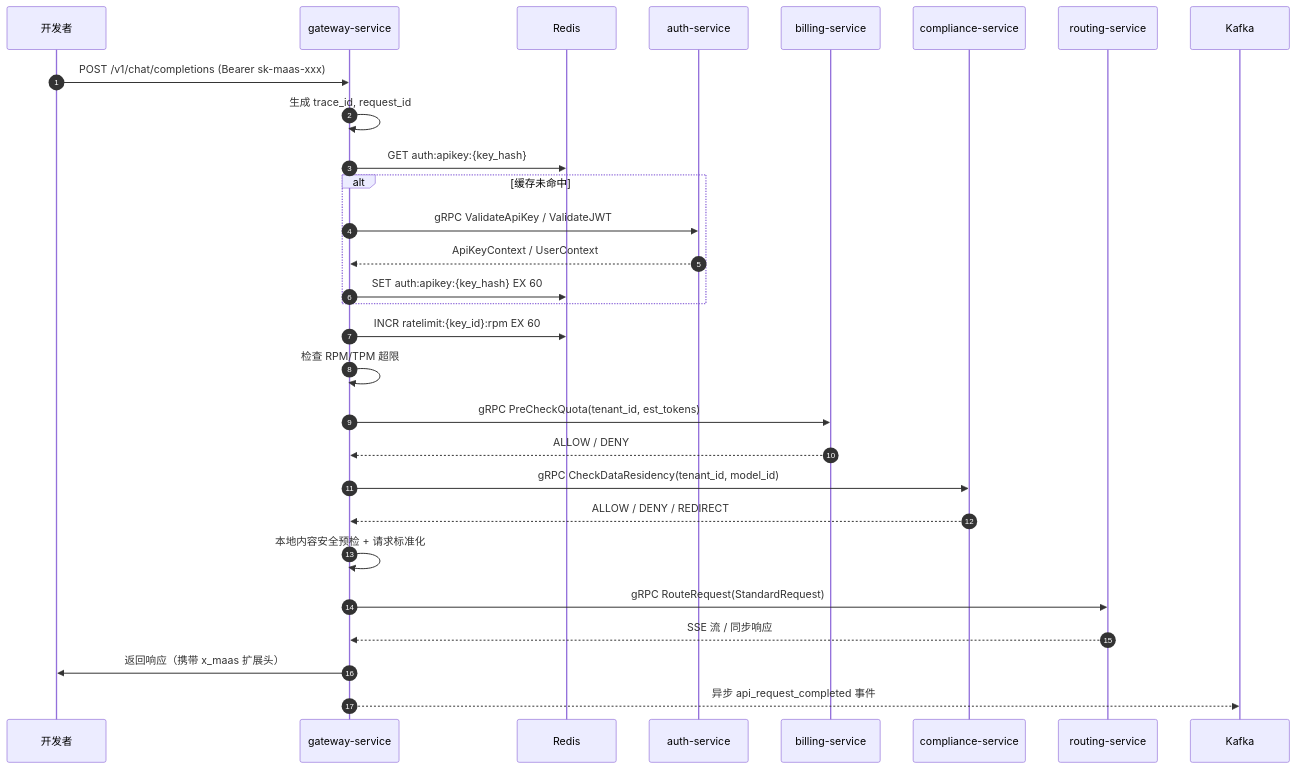
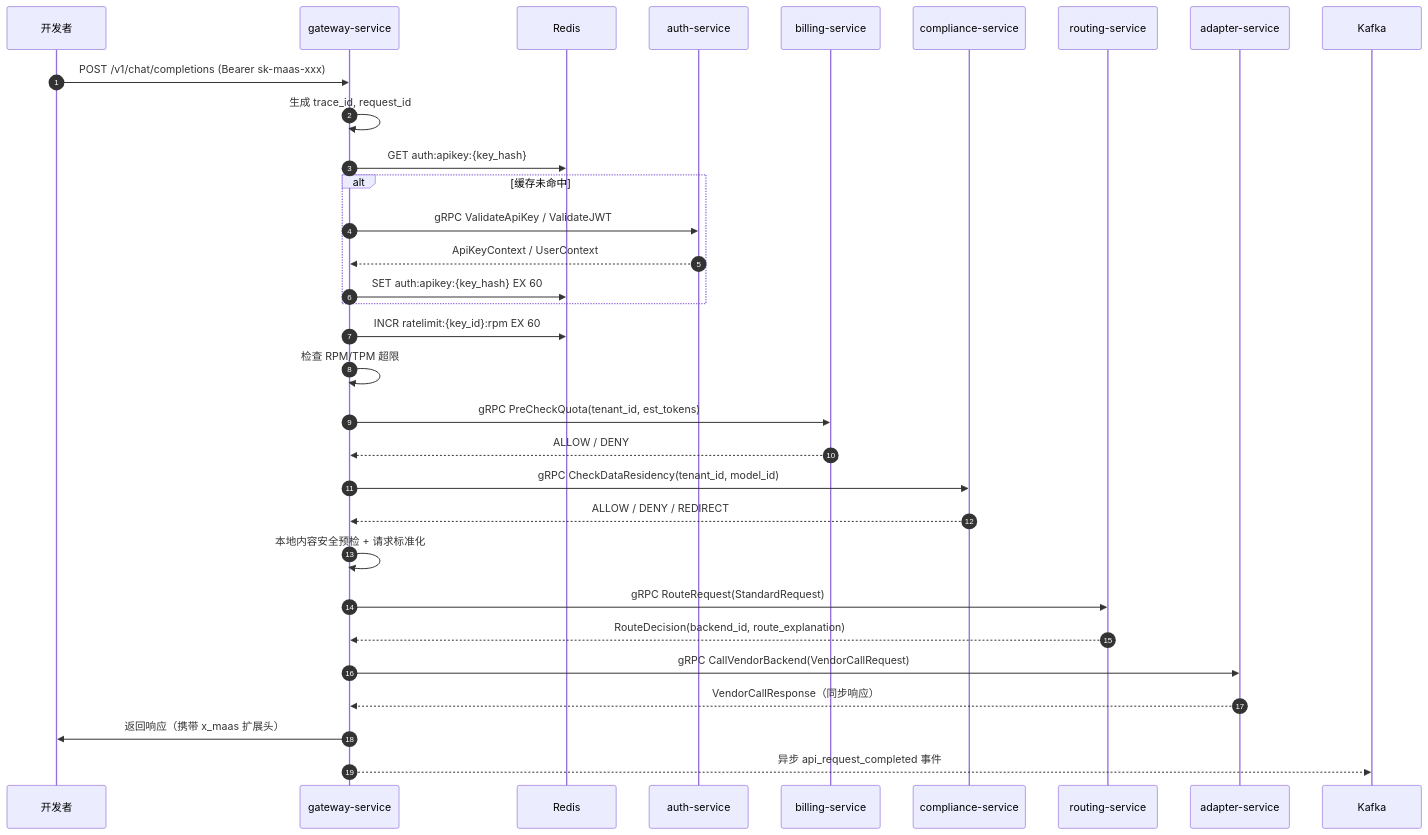
One commit to kate1128/OpenMaas changed the second of 3 diagrams in 05-开发设计/01-后端设计/微服务设计/01-gateway-service详细设计.md. Above: the diagram before and after it, drawn with Mermaid. The commit also changed other lines of this file and 11239 other files, not shown here.

````diff
--- a/05-开发设计/01-后端设计/微服务设计/01-gateway-service详细设计.md
+++ b/05-开发设计/01-后端设计/微服务设计/01-gateway-service详细设计.md
@@ -136,39 +160,43 @@
 ```mermaid
 sequenceDiagram
     autonumber
     participant Dev as 开发者
     participant GW as gateway-service
     participant Redis as Redis
     participant Auth as auth-service
     participant Billing as billing-service
     participant Comp as compliance-service
     participant Routing as routing-service
+    participant Adapter as adapter-service
     participant Kafka as Kafka
 
     Dev->>GW: POST /v1/chat/completions (Bearer sk-maas-xxx)
     GW->>GW: 生成 trace_id, request_id
 
     GW->>Redis: GET auth:apikey:{key_hash}
     alt 缓存未命中
         GW->>Auth: gRPC ValidateApiKey / ValidateJWT
         Auth-->>GW: ApiKeyContext / UserContext
         GW->>Redis: SET auth:apikey:{key_hash} EX 60
     end
 
     GW->>Redis: INCR ratelimit:{key_id}:rpm EX 60
     GW->>GW: 检查 RPM/TPM 超限
 
     GW->>Billing: gRPC PreCheckQuota(tenant_id, est_tokens)
     Billing-->>GW: ALLOW / DENY
 
     GW->>Comp: gRPC CheckDataResidency(tenant_id, model_id)
     Comp-->>GW: ALLOW / DENY / REDIRECT
 
     GW->>GW: 本地内容安全预检 + 请求标准化
 
     GW->>Routing: gRPC RouteRequest(StandardRequest)
-    Routing-->>GW: SSE 流 / 同步响应
+    Routing-->>GW: RouteDecision(backend_id, route_explanation)
+
+    GW->>Adapter: gRPC CallVendorBackend(VendorCallRequest)
+    Adapter-->>GW: VendorCallResponse（同步响应）
 
     GW->>Dev: 返回响应（携带 x_maas 扩展头）
     GW-->>Kafka: 异步 api_request_completed 事件
 ```
````
